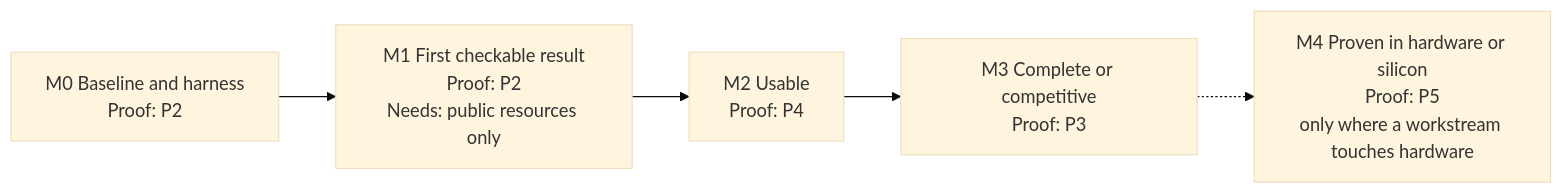
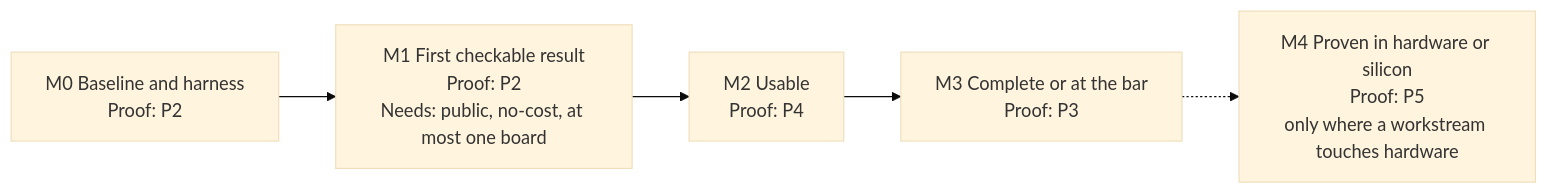
One commit to mithro/open-silicon-hitlist changed the first of 3 diagrams in GUIDELINES.md. Above: the diagram before and after it, drawn with Mermaid (base theme). The commit also changed other lines of this file and 2 other files, not shown here.

````diff
--- a/GUIDELINES.md
+++ b/GUIDELINES.md
@@ -312,7 +312,7 @@
 ```mermaid
 flowchart LR
-  M0["M0 Baseline and harness<br/>Proof: P2"] --> M1["M1 First checkable result<br/>Proof: P2<br/>Needs: public resources only"]
+  M0["M0 Baseline and harness<br/>Proof: P2"] --> M1["M1 First checkable result<br/>Proof: P2<br/>Needs: public, no-cost, at most one board"]
   M1 --> M2["M2 Usable<br/>Proof: P4"]
-  M2 --> M3["M3 Complete or competitive<br/>Proof: P3"]
+  M2 --> M3["M3 Complete or at the bar<br/>Proof: P3"]
   M3 -.-> M4["M4 Proven in hardware or silicon<br/>Proof: P5<br/>only where a workstream touches hardware"]
 ```
````
